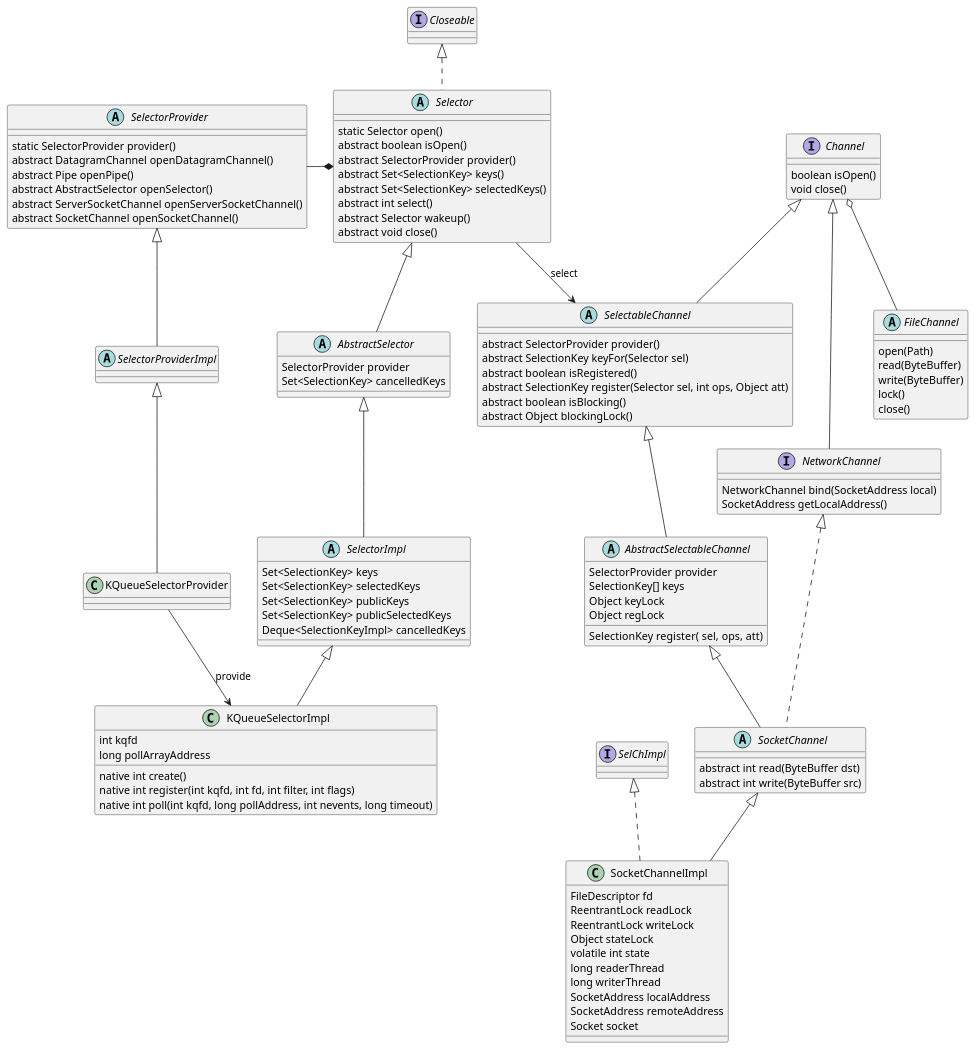
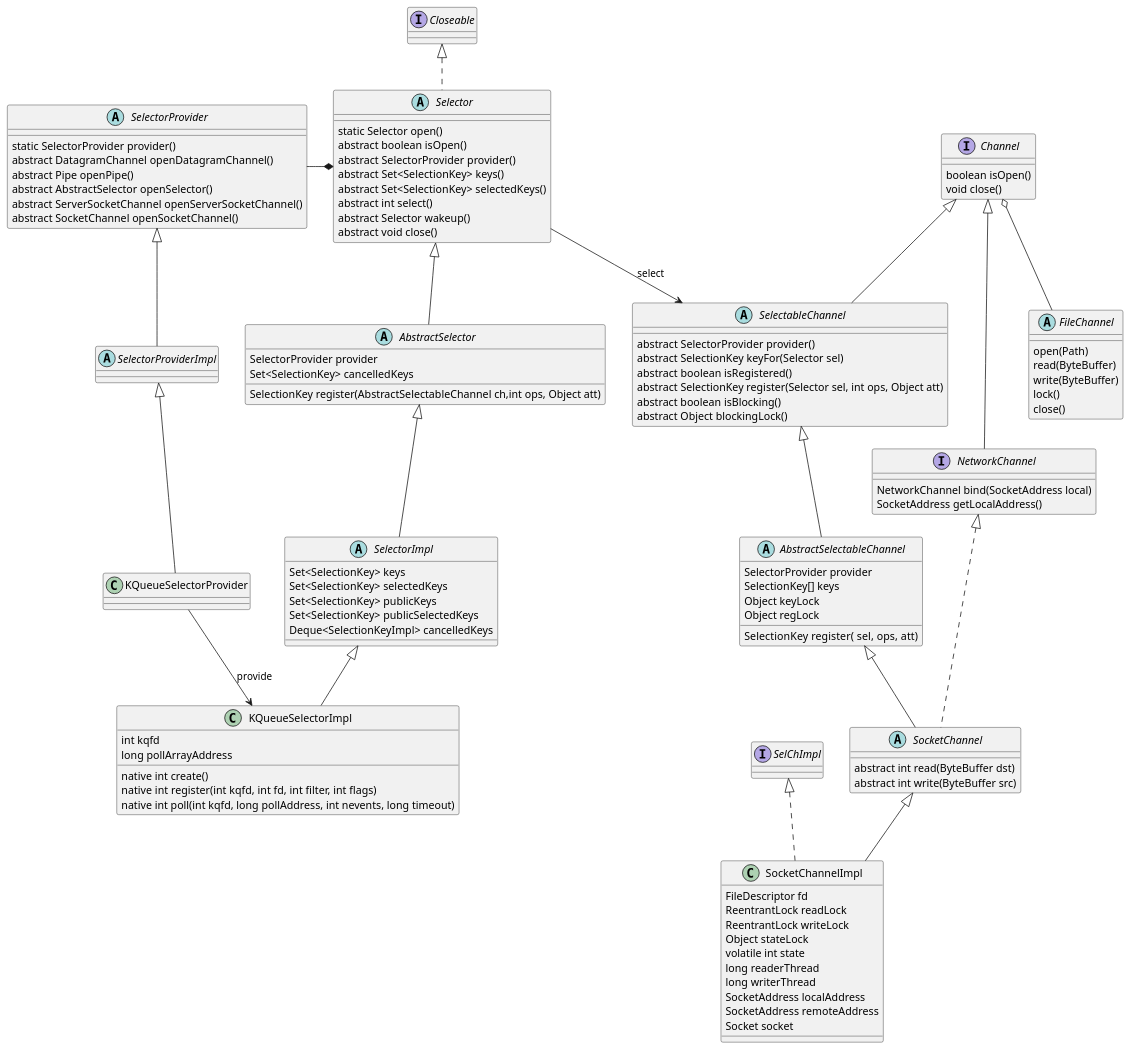
Before and after one commit to kevinwang930/kevinwang930.github.io: the diagram in content/post/java/java-nio.md, drawn with PlantUML. The commit also changed other lines of this file and 2 other files, not shown here.

```diff
--- a/content/post/java/java-nio.md
+++ b/content/post/java/java-nio.md
@@ -108,6 +112,7 @@
     abstract class AbstractSelector extends Selector {
         SelectorProvider provider
         Set<SelectionKey> cancelledKeys
+        SelectionKey register(AbstractSelectableChannel ch,int ops, Object att)
     }
 
     abstract class SelectorImpl extends AbstractSelector {
```
